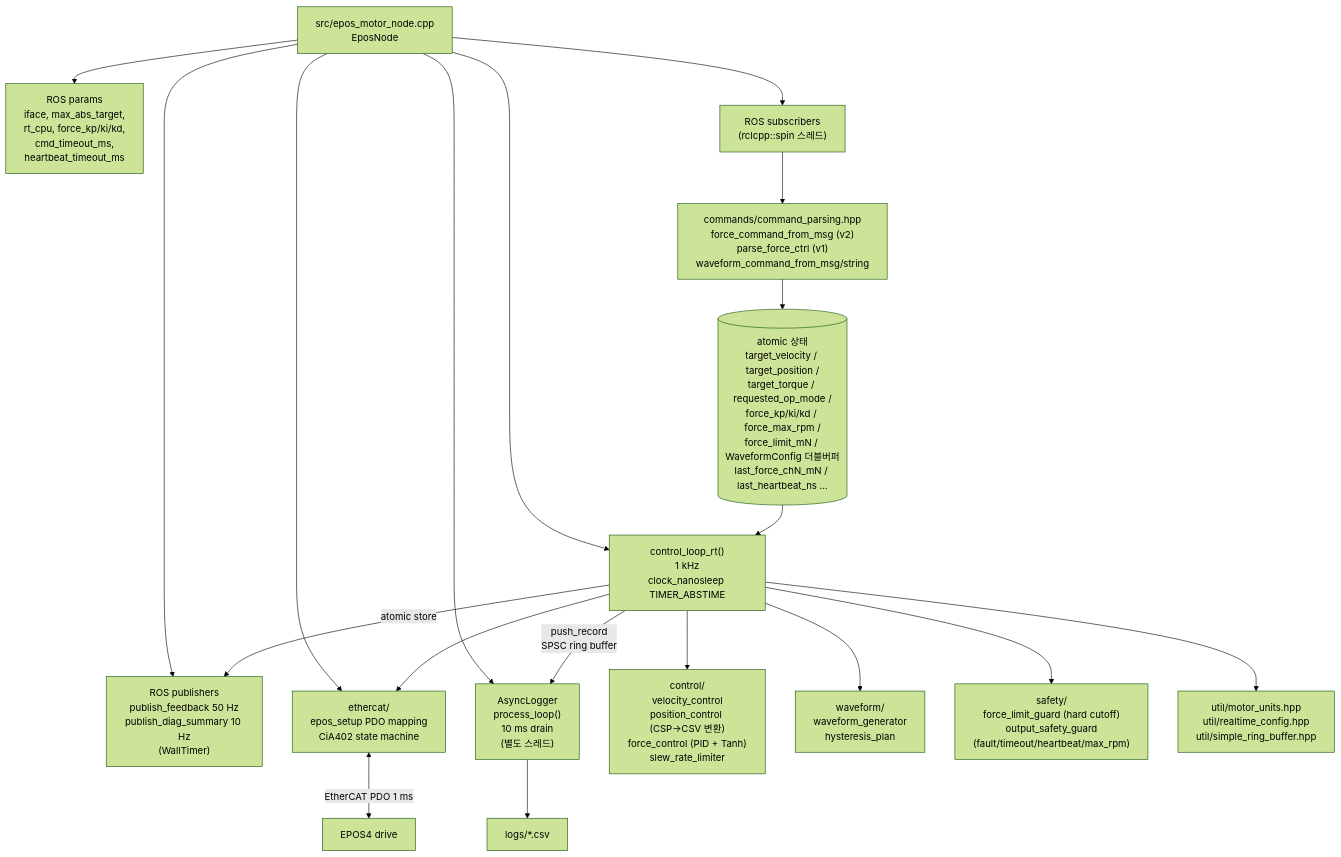
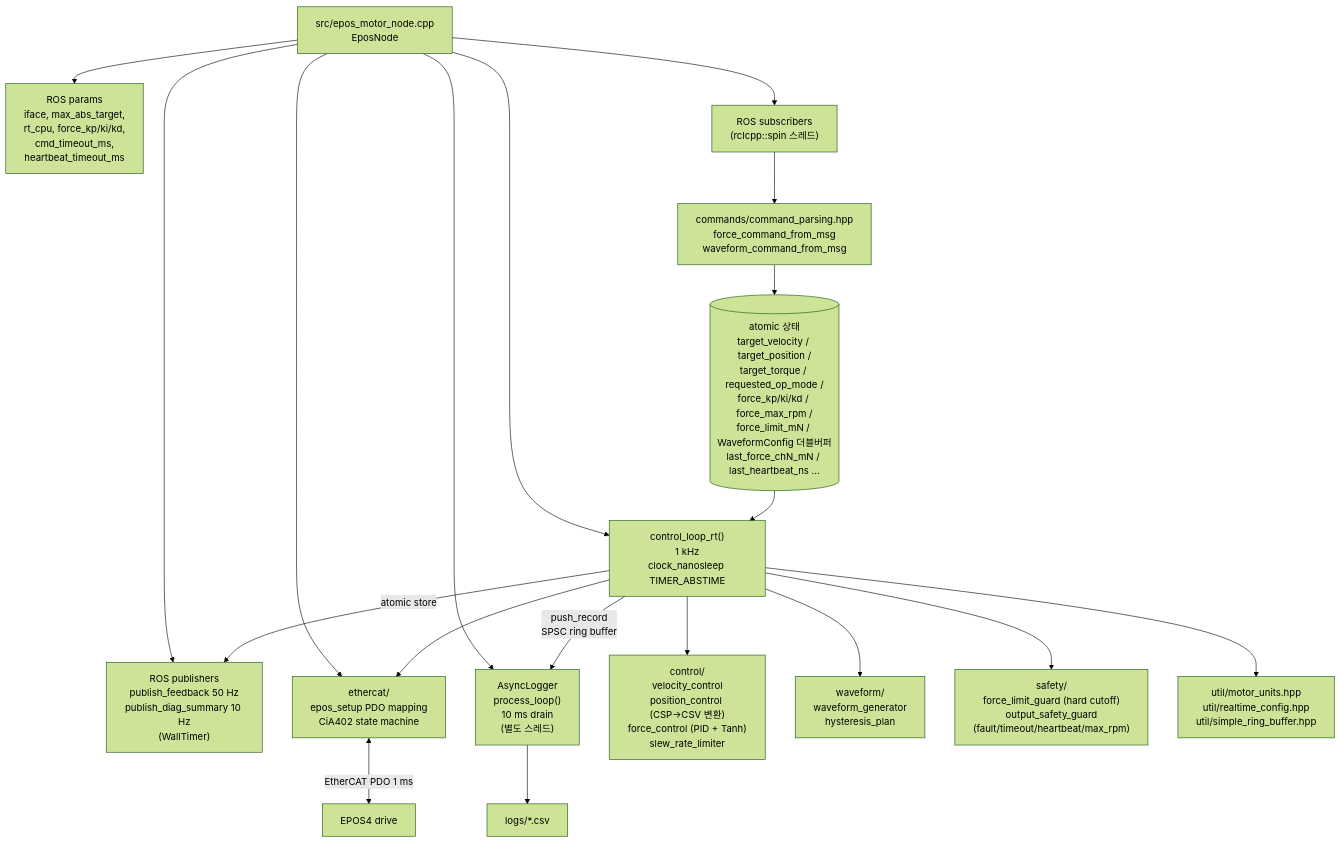
One commit to inlight37-design/motor_control changed the sixth of 8 diagrams in docs/architecture_map.md. Above: the diagram before and after it, drawn with Mermaid (forest theme). The commit also changed other lines of this file, not shown here.

First line of the commit message:
docs: simplify section 2 diagram (compact TB layout) + folder file table

````diff
--- a/docs/architecture_map.md
+++ b/docs/architecture_map.md
@@ -242,24 +248,24 @@
 ```mermaid
 flowchart TD
     Node["src/epos_motor_node.cpp<br/>EposNode"] --> Params["ROS params<br/>iface, max_abs_target,<br/>rt_cpu, force_kp/ki/kd,<br/>cmd_timeout_ms,<br/>heartbeat_timeout_ms"]
     Node --> Subs["ROS subscribers<br/>(rclcpp::spin 스레드)"]
     Node --> Pubs["ROS publishers<br/>publish_feedback 50 Hz<br/>publish_diag_summary 10 Hz<br/>(WallTimer)"]
     Node --> Ethercat["ethercat/<br/>epos_setup PDO mapping<br/>CiA402 state machine"]
     Node --> RtThread["control_loop_rt()<br/>1 kHz<br/>clock_nanosleep TIMER_ABSTIME"]
     Node --> Logger["AsyncLogger<br/>process_loop()<br/>10 ms drain<br/>(별도 스레드)"]
 
-    Subs --> Parse["commands/command_parsing.hpp<br/>force_command_from_msg (v2)<br/>parse_force_ctrl (v1)<br/>waveform_command_from_msg/string"]
+    Subs --> Parse["commands/command_parsing.hpp<br/>force_command_from_msg<br/>waveform_command_from_msg"]
     Parse --> Atomic[("atomic 상태<br/>target_velocity / target_position /<br/>target_torque / requested_op_mode /<br/>force_kp/ki/kd / force_max_rpm /<br/>force_limit_mN / WaveformConfig 더블버퍼<br/>last_force_chN_mN / last_heartbeat_ns ...")]
     Atomic --> RtThread
 
     RtThread --> Control["control/<br/>velocity_control<br/>position_control (CSP→CSV 변환)<br/>force_control (PID + Tanh)<br/>slew_rate_limiter"]
     RtThread --> Wave["waveform/<br/>waveform_generator<br/>hysteresis_plan"]
     RtThread --> Safety["safety/<br/>force_limit_guard (hard cutoff)<br/>output_safety_guard<br/>(fault/timeout/heartbeat/max_rpm)"]
     RtThread --> Units["util/motor_units.hpp<br/>util/realtime_config.hpp<br/>util/simple_ring_buffer.hpp"]
     RtThread --> Ethercat
     RtThread -->|push_record<br/>SPSC ring buffer| Logger
 
     Ethercat <-->|EtherCAT PDO 1 ms| Drive["EPOS4 drive"]
     RtThread -->|atomic store| Pubs
     Logger --> Csv["logs/*.csv"]
 ```
````
